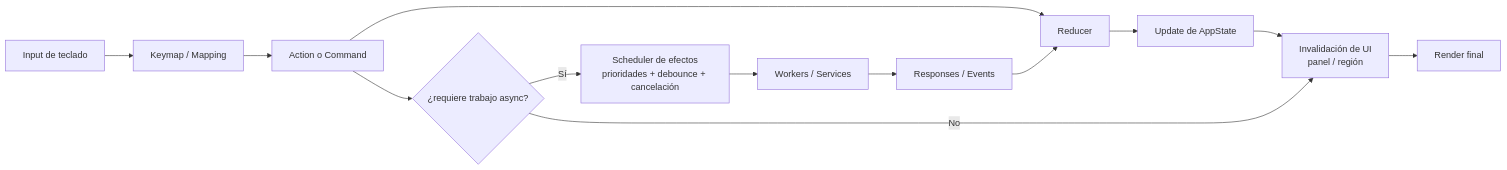
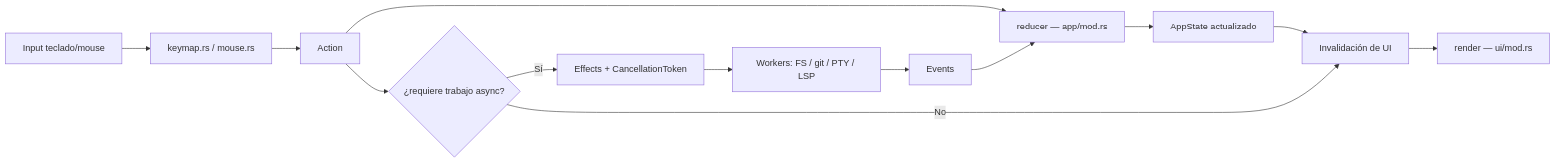
Before and after one commit to kockono/Codex-Snabb: the first of 2 diagrams in architecture.md, drawn with Mermaid. The commit also changed other lines of this file and 38 other files, not shown here.

````diff
--- a/architecture.md
+++ b/architecture.md
@@ -349,16 +302,16 @@
 ```mermaid
 flowchart LR
-    K[Input de teclado] --> M[Keymap / Mapping]
-    M --> A[Action o Command]
-    A --> R[Reducer]
-    R --> S[Update de AppState]
-    S --> I[Invalidación de UI\npanel / región]
-    I --> F[Render final]
+    K[Input teclado/mouse] --> M[keymap.rs / mouse.rs]
+    M --> A[Action]
+    A --> R[reducer — app/mod.rs]
+    R --> S[AppState actualizado]
+    S --> I[Invalidación de UI]
+    I --> F[render — ui/mod.rs]
 
     A --> E{¿requiere trabajo async?}
     E -- No --> I
-    E -- Sí --> Q[Scheduler de efectos\nprioridades + debounce + cancelación]
-    Q --> W[Workers / Services]
-    W --> X[Responses / Events]
+    E -- Sí --> Q[Effects + CancellationToken]
+    Q --> W[Workers: FS / git / PTY / LSP]
+    W --> X[Events]
     X --> R
 ```
````
